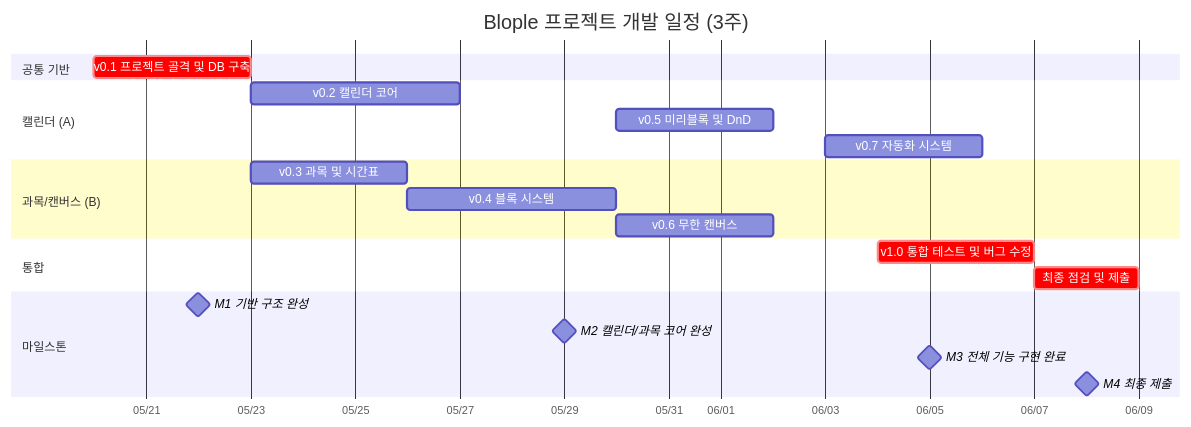
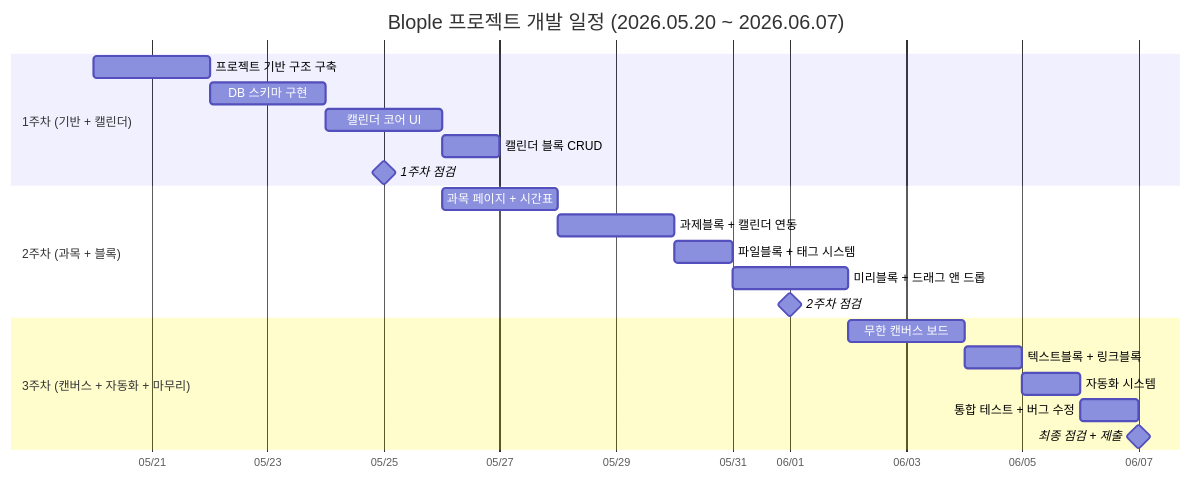
The fourth of 4 diagrams in 2. 프로젝트 구조 및 역할 분담, 일정 관리/README.md (noctis-03/FinalJavaProject), drawn with Mermaid before and after one commit. The commit also changed other lines of this file, not shown here.

````diff
--- a/2. 프로젝트 구조 및 역할 분담, 일정 관리/README.md
+++ b/2. 프로젝트 구조 및 역할 분담, 일정 관리/README.md
@@ -3135,29 +3135,27 @@
 ```mermaid
 gantt
-    title Blople 프로젝트 개발 일정 (3주)
+    title Blople 프로젝트 개발 일정 (2026.05.20 ~ 2026.06.07)
     dateFormat  YYYY-MM-DD
     axisFormat  %m/%d
 
-    section 공통 기반
-    v0.1 프로젝트 골격 및 DB 구축       :crit, T0, 2026-05-20, 3d
+    section 1주차 (기반 + 캘린더)
+    프로젝트 기반 구조 구축        :a1, 2026-05-20, 2d
+    DB 스키마 구현                 :a2, after a1, 2d
+    캘린더 코어 UI                 :a3, after a2, 2d
+    캘린더 블록 CRUD               :a4, after a3, 1d
+    1주차 점검                     :milestone, m1, 2026-05-25, 0d
 
-    section 캘린더 (A)
-    v0.2 캘린더 코어                    :T1, 2026-05-23, 4d
-    v0.5 미리블록 및 DnD               :T5, 2026-05-30, 3d
-    v0.7 자동화 시스템                  :T7, 2026-06-03, 3d
+    section 2주차 (과목 + 블록)
+    과목 페이지 + 시간표            :b1, 2026-05-26, 2d
+    과제블록 + 캘린더 연동           :b2, after b1, 2d
+    파일블록 + 태그 시스템           :b3, after b2, 1d
+    미리블록 + 드래그 앤 드롭        :b4, after b3, 2d
+    2주차 점검                     :milestone, m2, 2026-06-01, 0d
 
-    section 과목/캔버스 (B)
-    v0.3 과목 및 시간표                 :T2, 2026-05-23, 3d
-    v0.4 블록 시스템                    :T3, 2026-05-26, 4d
-    v0.6 무한 캔버스                    :T6, 2026-05-30, 3d
-
-    section 통합
-    v1.0 통합 테스트 및 버그 수정         :crit, T8, 2026-06-04, 3d
-    최종 점검 및 제출                    :crit, T9, 2026-06-07, 2d
-
-    section 마일스톤
-    M1 기반 구조 완성                   :milestone, 2026-05-22, 0d
-    M2 캘린더/과목 코어 완성             :milestone, 2026-05-29, 0d
-    M3 전체 기능 구현 완료               :milestone, 2026-06-05, 0d
-    M4 최종 제출                        :milestone, 2026-06-08, 0d
+    section 3주차 (캔버스 + 자동화 + 마무리)
+    무한 캔버스 보드                :c1, 2026-06-02, 2d
+    텍스트블록 + 링크블록            :c2, after c1, 1d
+    자동화 시스템                   :c3, after c2, 1d
+    통합 테스트 + 버그 수정          :c4, after c3, 1d
+    최종 점검 + 제출                :milestone, m3, 2026-06-07, 0d
 ```
````
